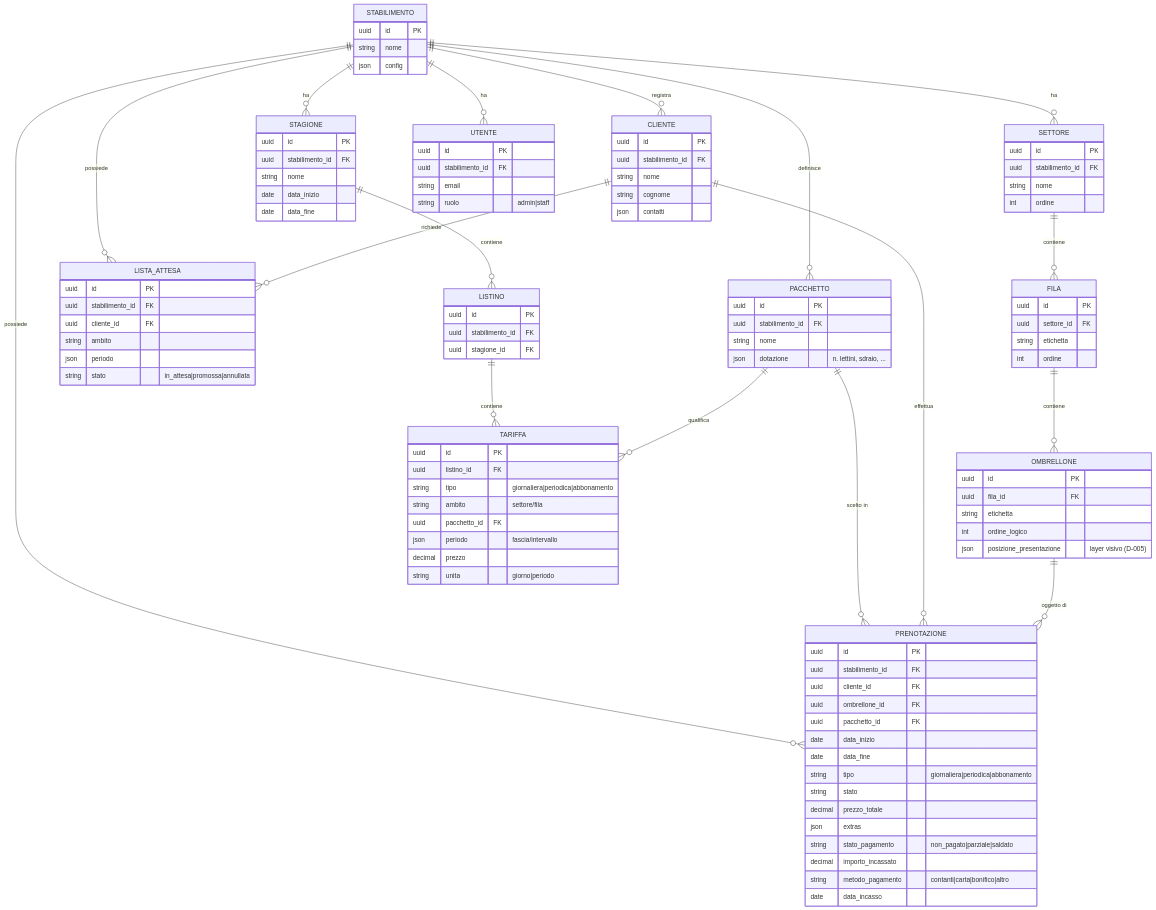
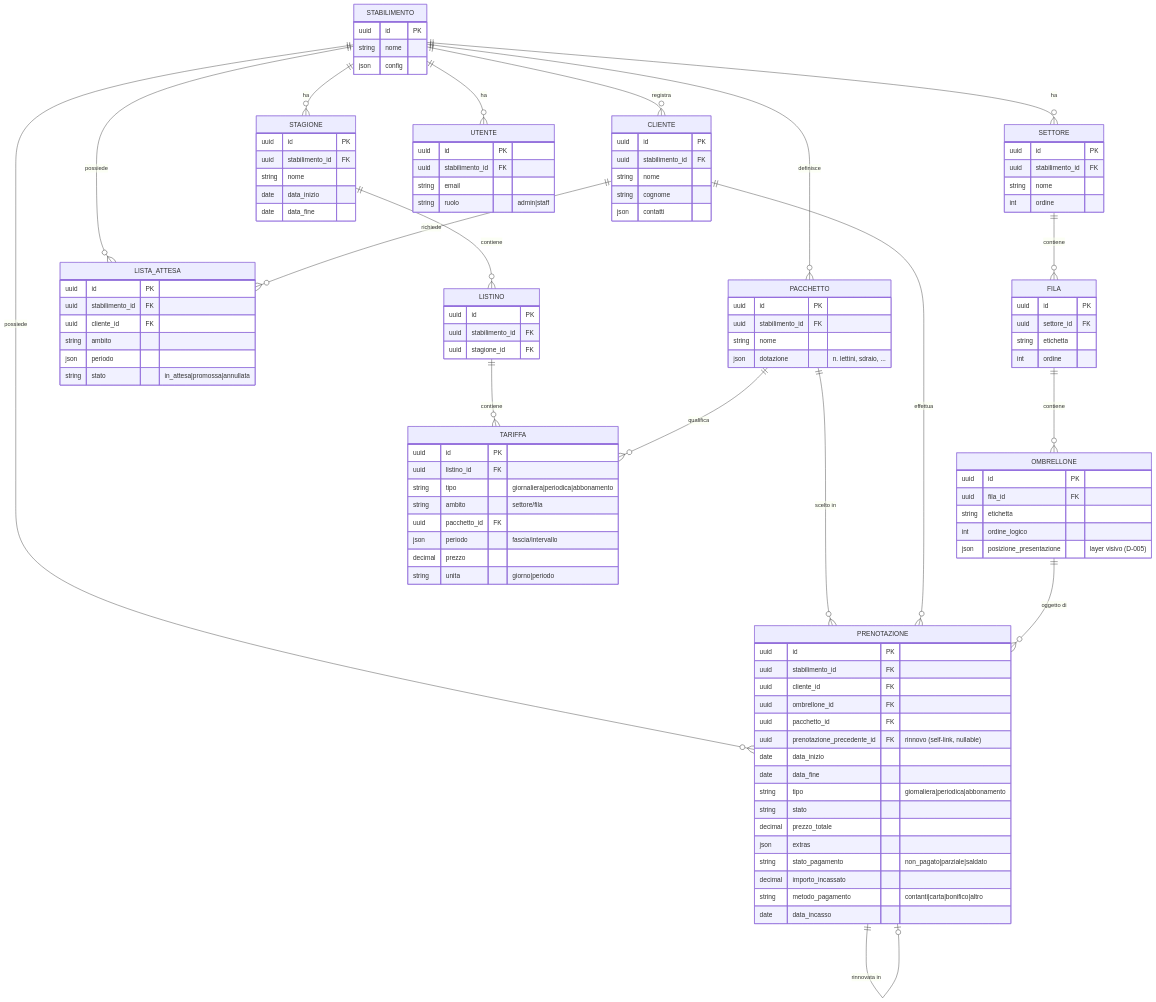
The diagram in docs/design/data-model.md (devfrx/coralyn), drawn with Mermaid before and after one commit. The commit also changed other lines of this file and 5 other files, not shown here.

First line of the commit message:
docs: propaga ADR-0012 (abbonamenti: rinnovo, storico, self-link)

```diff
--- a/docs/design/data-model.md
+++ b/docs/design/data-model.md
@@ -22,6 +22,7 @@
     PACCHETTO ||--o{ PRENOTAZIONE : "scelto in"
     CLIENTE ||--o{ PRENOTAZIONE : "effettua"
     OMBRELLONE ||--o{ PRENOTAZIONE : "oggetto di"
+    PRENOTAZIONE ||--o| PRENOTAZIONE : "rinnovata in"
     CLIENTE ||--o{ LISTA_ATTESA : "richiede"
 
     STABILIMENTO {
@@ -89,6 +90,7 @@
         uuid cliente_id FK
         uuid ombrellone_id FK
         uuid pacchetto_id FK
+        uuid prenotazione_precedente_id FK "rinnovo (self-link, nullable)"
         date data_inizio
         date data_fine
         string tipo "giornaliera|periodica|abbonamento"
```
